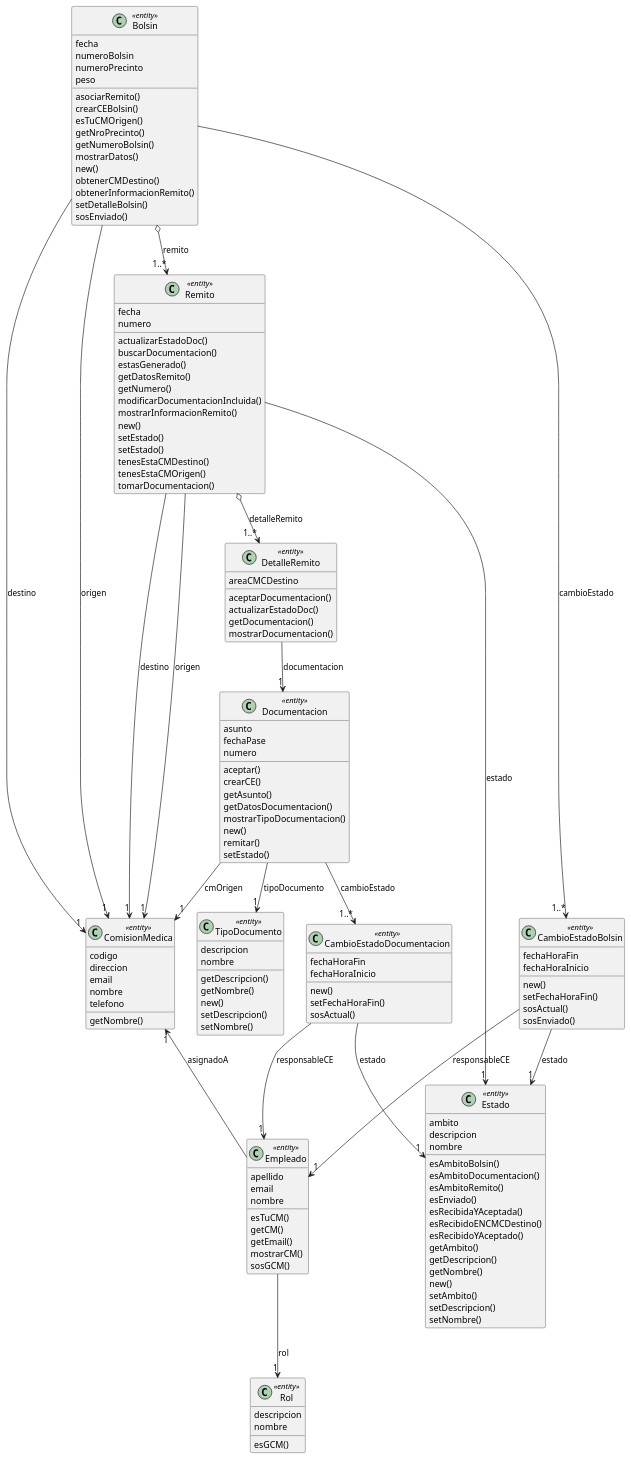
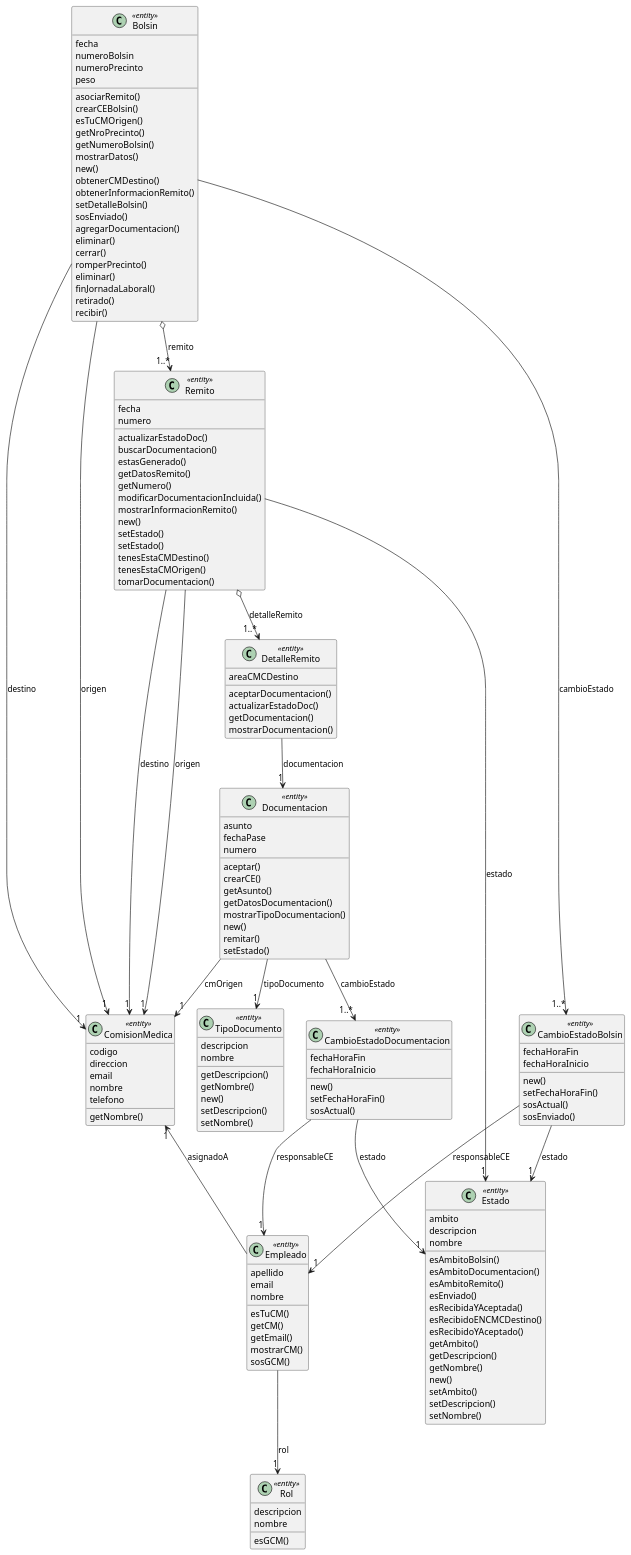
One commit to JuanjoCasas/PPAI-Bolsin changed the diagram in doc/CU28_RegistrarRecepcionDeBolsin/VistaClasesAnalisis.puml. Above: the diagram before and after it, drawn with PlantUML. The commit also changed 1 other file, not shown here.

```diff
--- a/doc/CU28_RegistrarRecepcionDeBolsin/VistaClasesAnalisis.puml
+++ b/doc/CU28_RegistrarRecepcionDeBolsin/VistaClasesAnalisis.puml
@@ -1,157 +1,165 @@
 @startuml "RegistrarRecepcionDeBolsin"
 
 class Empleado <<entity>> {
   apellido
   email
   nombre
   esTuCM()
   getCM()
   getEmail()
   mostrarCM()
   sosGCM()
 }
 
 class ComisionMedica <<entity>> {
   codigo
   direccion
   email
   nombre
   telefono
   getNombre()
 }
 
 class Bolsin <<entity>> {
   fecha
   numeroBolsin
   numeroPrecinto
   peso
   asociarRemito()
   crearCEBolsin()
   esTuCMOrigen()
   getNroPrecinto()
   getNumeroBolsin()
   mostrarDatos()
   new()
   obtenerCMDestino()
   obtenerInformacionRemito()
   setDetalleBolsin()
   sosEnviado()
+  agregarDocumentacion()
+  eliminar()
+  cerrar()
+  romperPrecinto()
+  eliminar()
+  finJornadaLaboral()
+  retirado()
+  recibir()
 }
 
 class Remito <<entity>> {
   fecha
   numero
   actualizarEstadoDoc()
   buscarDocumentacion()
   estasGenerado()
   getDatosRemito()
   getNumero()
   modificarDocumentacionIncluida()
   mostrarInformacionRemito()
   new()
   setEstado()
   setEstado()
   tenesEstaCMDestino()
   tenesEstaCMOrigen()
   tomarDocumentacion()
 }
 
 class CambioEstadoBolsin <<entity>> {
   fechaHoraFin
   fechaHoraInicio
   new()
   setFechaHoraFin()
   sosActual()
   sosEnviado()
 }
 
 class Estado <<entity>> {
   ambito
   descripcion
   nombre
   esAmbitoBolsin()
   esAmbitoDocumentacion()
   esAmbitoRemito()
   esEnviado()
   esRecibidaYAceptada()
   esRecibidoENCMCDestino()
   esRecibidoYAceptado()
   getAmbito()
   getDescripcion()
   getNombre()
   new()
   setAmbito()
   setDescripcion()
   setNombre()
 }
 
 class Documentacion <<entity>> {
   asunto
   fechaPase
   numero
   aceptar()
   crearCE()
   getAsunto()
   getDatosDocumentacion()
   mostrarTipoDocumentacion()
   new()
   remitar()
   setEstado()
 }
 
 class TipoDocumento <<entity>> {
   descripcion
   nombre
   getDescripcion()
   getNombre()
   new()
   setDescripcion()
   setNombre()
 }
 
 class Rol <<entity>> {
   descripcion
   nombre
   esGCM()
 }
 
 class DetalleRemito <<entity>> {
   areaCMCDestino
   aceptarDocumentacion()
   actualizarEstadoDoc()
   getDocumentacion()
   mostrarDocumentacion()
 }
 
 
 class CambioEstadoDocumentacion <<entity>> {
   fechaHoraFin
   fechaHoraInicio
   new()
   setFechaHoraFin()
   sosActual()
 }
 
 ComisionMedica "1" <-- Empleado : asignadoA
 Empleado --> "1" Rol : rol
 
 Documentacion --> "1" TipoDocumento : tipoDocumento
 Documentacion --> "1" ComisionMedica : cmOrigen
 Documentacion --> "1..*" CambioEstadoDocumentacion : cambioEstado
 CambioEstadoDocumentacion --> "1" Estado : estado
 CambioEstadoDocumentacion --> "1" Empleado : responsableCE
 
 Remito o--> "1..*" DetalleRemito : detalleRemito
 DetalleRemito --> "1" Documentacion : documentacion
 Remito --> "1" ComisionMedica : origen
 Remito --> "1" ComisionMedica : destino
 Remito --> "1" Estado : estado
 
 Bolsin o--> "1..*" Remito : remito
 Bolsin --> "1" ComisionMedica : origen
 Bolsin --> "1" ComisionMedica : destino
 Bolsin --> "1..*" CambioEstadoBolsin : cambioEstado
 CambioEstadoBolsin --> "1" Estado : estado
 CambioEstadoBolsin --> "1" Empleado : responsableCE
 
 @enduml
```
